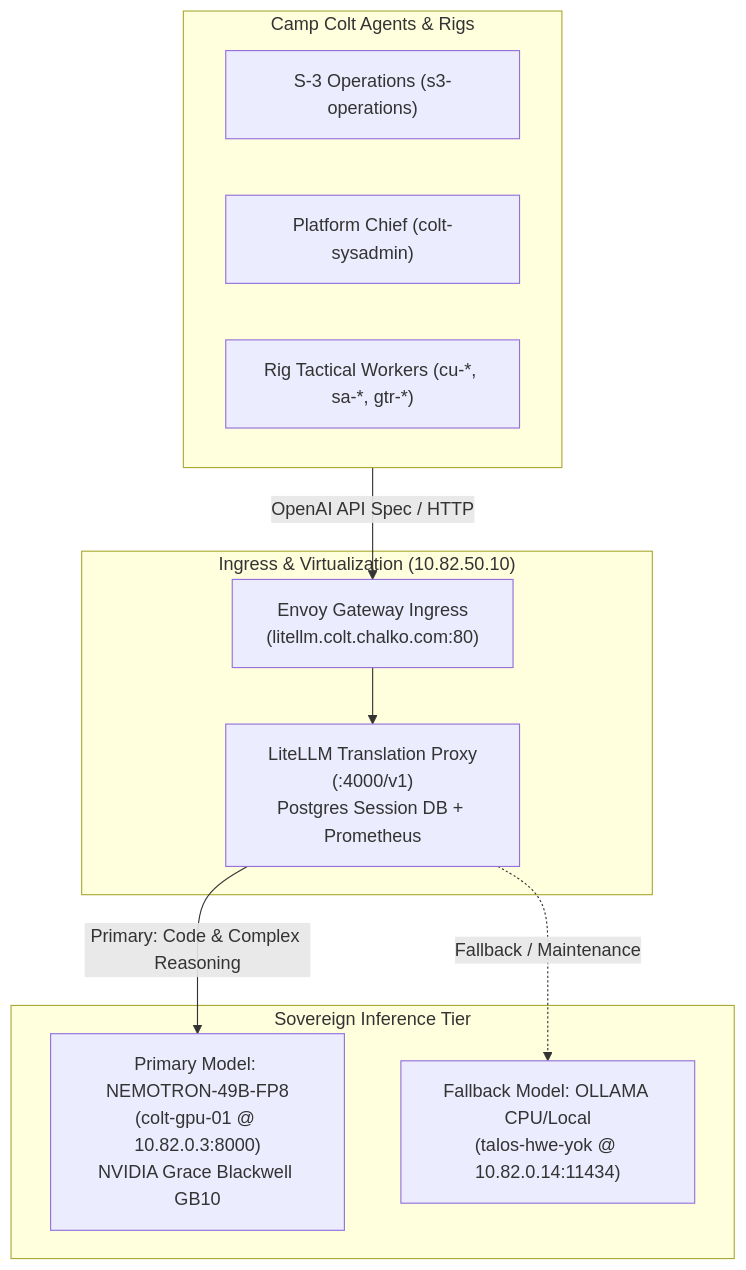
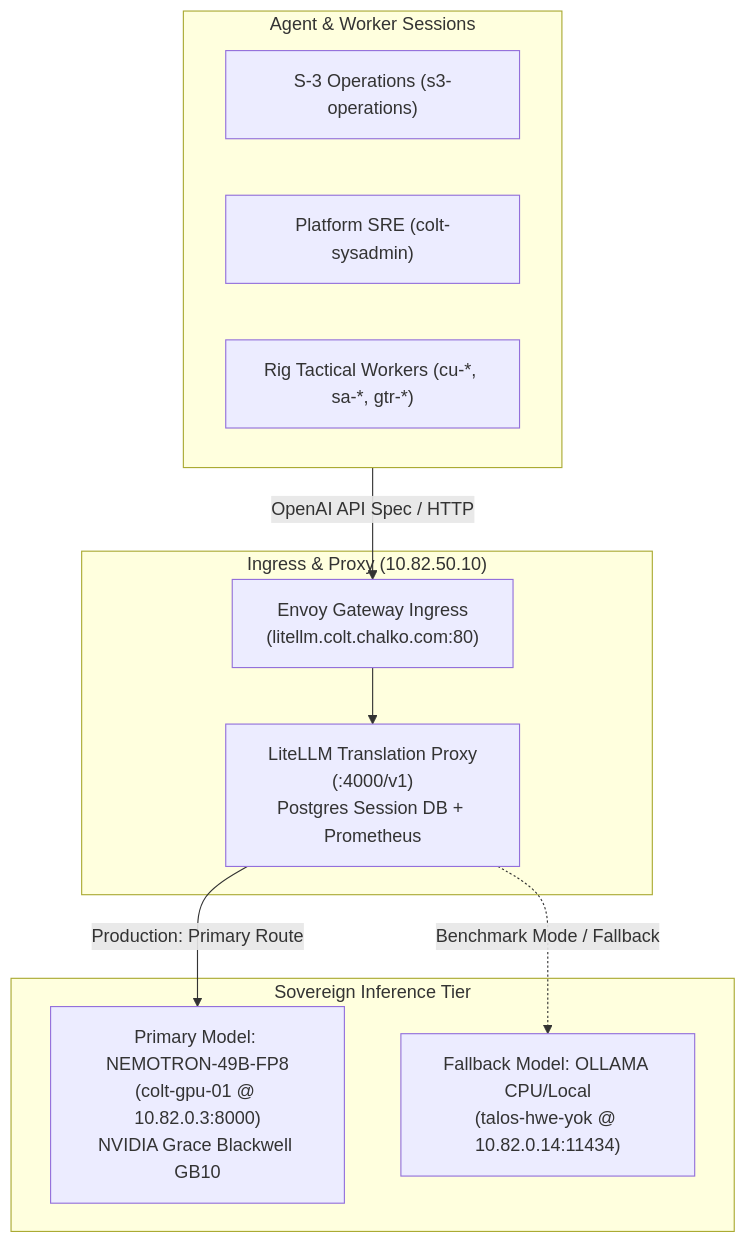
Before and after one commit to chalko/camp-colt: the diagram in docs/LOCAL_MODELS.md, drawn with Mermaid. The commit also changed other lines of this file and 1 other file, not shown here.

Commit message:
docs(local-models): codify Benchmark Mode vs Production Mode operational doctrine and tooling (cc-sa6)

````diff
--- a/docs/LOCAL_MODELS.md
+++ b/docs/LOCAL_MODELS.md
@@ -32,23 +29,23 @@
 ```mermaid
 flowchart TD
-    subgraph ClientTier["Camp Colt Agents & Rigs"]
+    subgraph ClientTier["Agent & Worker Sessions"]
         S3["S-3 Operations (s3-operations)"]
-        SYS["Platform Chief (colt-sysadmin)"]
+        SYS["Platform SRE (colt-sysadmin)"]
         RIG_W["Rig Tactical Workers (cu-*, sa-*, gtr-*)"]
     end
 
-    subgraph GatewayTier["Ingress & Virtualization (10.82.50.10)"]
+    subgraph GatewayTier["Ingress & Proxy (10.82.50.10)"]
         INGRESS["Envoy Gateway Ingress\n(litellm.colt.chalko.com:80)"]
         LITELLM["LiteLLM Translation Proxy\n(:4000/v1)\nPostgres Session DB + Prometheus"]
     end
 
     subgraph InferenceBackends["Sovereign Inference Tier"]
         NEMOTRON["Primary Model: NEMOTRON-49B-FP8\n(colt-gpu-01 @ 10.82.0.3:8000)\nNVIDIA Grace Blackwell GB10"]
         OLLAMA["Fallback Model: OLLAMA CPU/Local\n(talos-hwe-yok @ 10.82.0.14:11434)"]
     end
 
     ClientTier -->|OpenAI API Spec / HTTP| INGRESS
     INGRESS --> LITELLM
-    LITELLM -->|Primary: Code & Complex Reasoning| NEMOTRON
-    LITELLM -.->|Fallback / Maintenance| OLLAMA
+    LITELLM -->|Production: Primary Route| NEMOTRON
+    LITELLM -.->|Benchmark Mode / Fallback| OLLAMA
 ```
````
